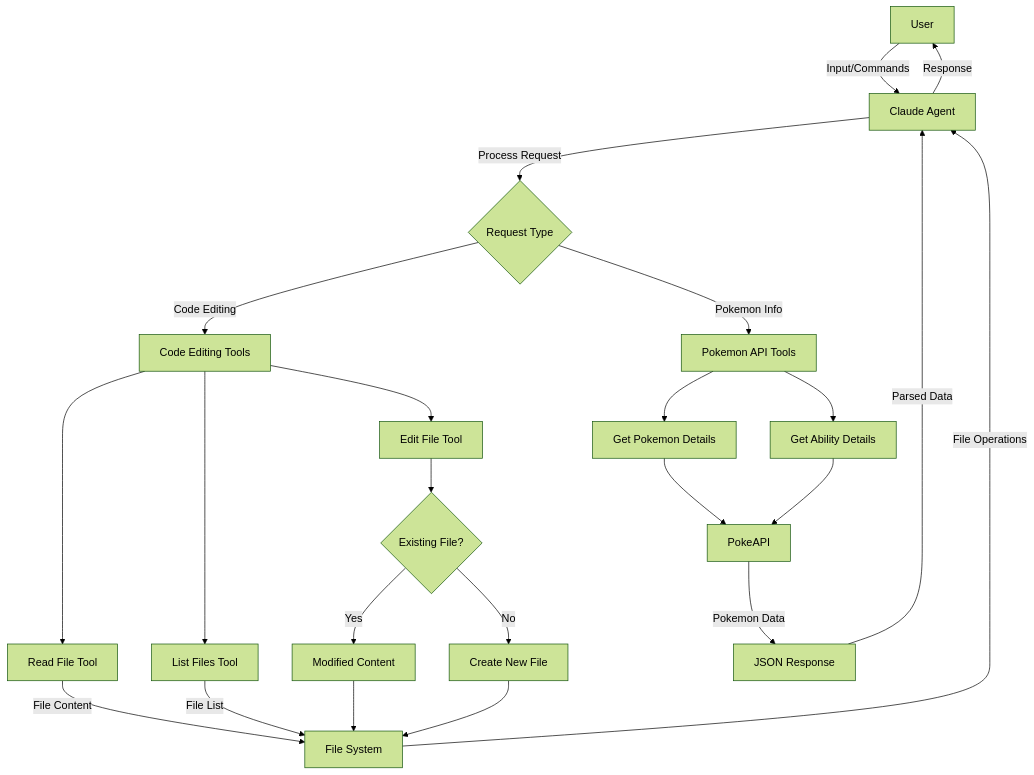
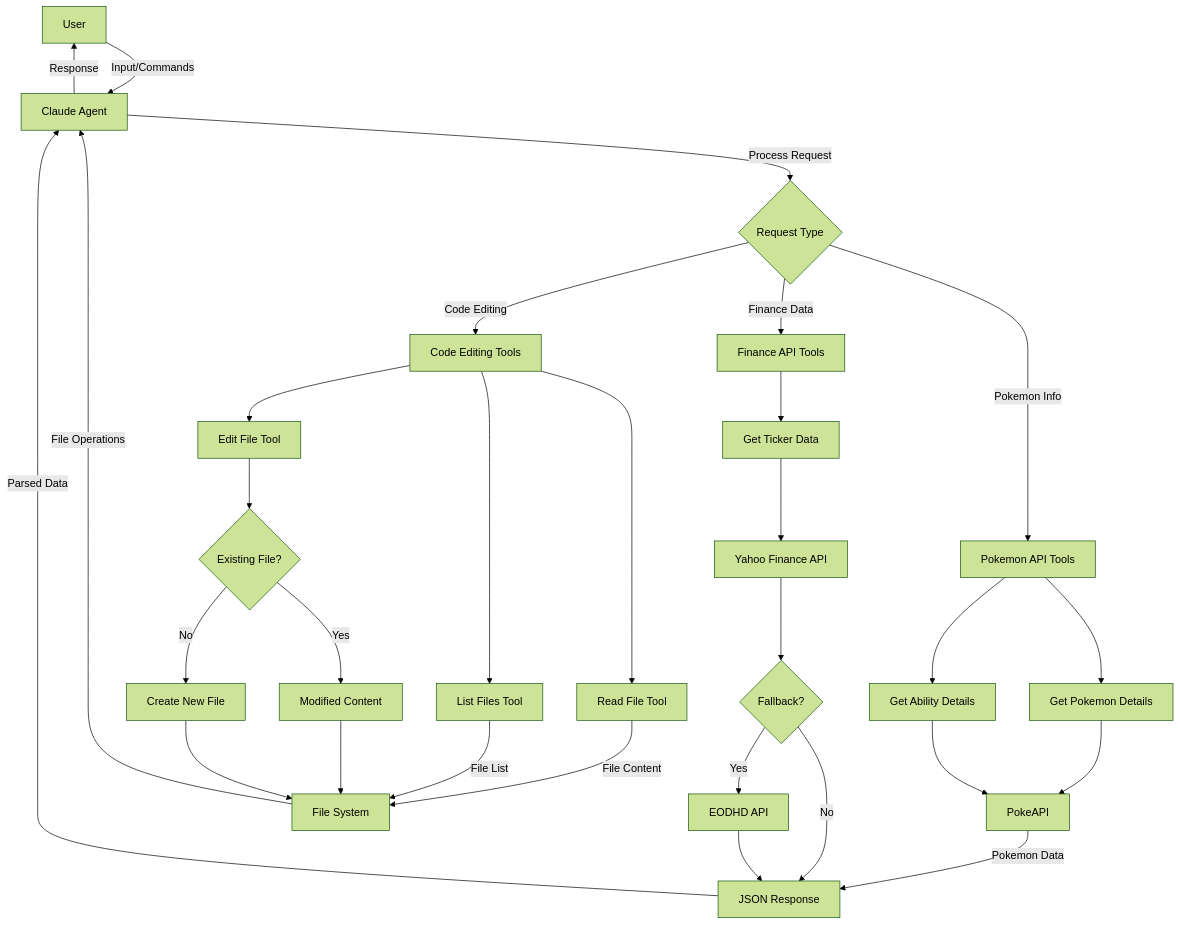
Before and after one commit to pararang/mengcp: the diagram in docs/diagram.md, drawn with Mermaid (forest theme). The commit also changed 6 other files, not shown here.

````diff
--- a/docs/diagram.md
+++ b/docs/diagram.md
@@ -2,30 +2,40 @@
 ```mermaid
 graph TD
     A[User] -->|Input/Commands| B[Claude Agent]
     B -->|Process Request| C{Request Type}
     
     C -->|Code Editing| D[Code Editing Tools]
     C -->|Pokemon Info| E[Pokemon API Tools]
+    C -->|Finance Data| N[Finance API Tools]
     
     D --> F[Read File Tool]
     D --> G[List Files Tool]
     D --> H[Edit File Tool]
     H --> H1{Existing File?}
     
     E --> I[Get Pokemon Details]
     E --> J[Get Ability Details]
+
+    N --> O[Get Ticker Data]
+    O --> P[Yahoo Finance API]
+    P --> Q{Fallback?}
+    
     
     I --> K[PokeAPI]
     J --> K[PokeAPI]
     
     F -->|File Content| L[File System]
     G -->|File List| L
     H1 -->|Yes| H2[Modified Content] --> L
     H1 -->|No| H3[Create New File] --> L
     
     K -->|Pokemon Data| M[JSON Response]
     M -->|Parsed Data| B
-    
+    Q --> |No| M
+    Q --> |Yes| R[EODHD API] --> M
+
+
+
     L -->|File Operations| B
     B -->|Response| A
 ```
````
